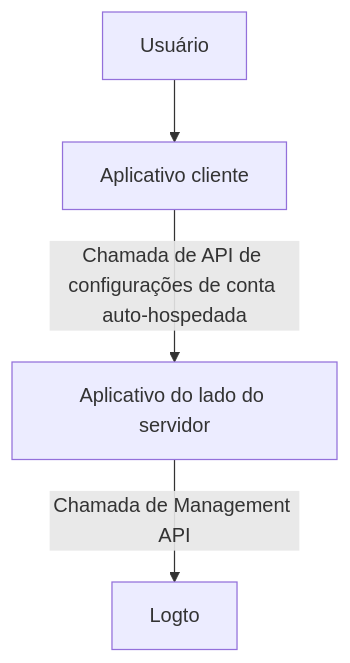
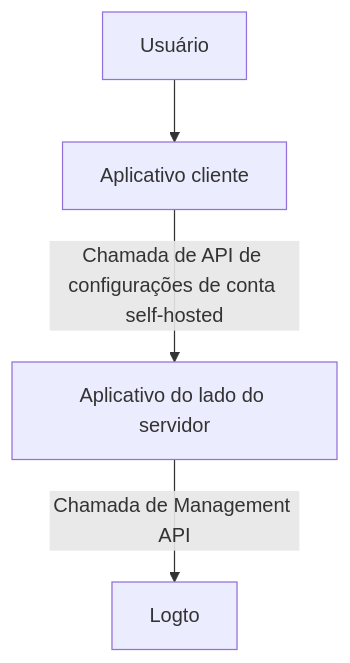
Before and after one commit to logto-io/docs: the first of 3 diagrams in i18n/pt-BR/docusaurus-plugin-content-docs/current/end-user-flows/account-settings/by-management-api.mdx, drawn with Mermaid. The commit also changed other lines of this file and 80 other files, not shown here.

````diff
--- a/i18n/pt-BR/docusaurus-plugin-content-docs/current/end-user-flows/account-settings/by-management-api.mdx
+++ b/i18n/pt-BR/docusaurus-plugin-content-docs/current/end-user-flows/account-settings/by-management-api.mdx
@@ -13,6 +13,6 @@
 ```mermaid
   graph TB
     A[Usuário] --> B[Aplicativo cliente]
-    B -->|Chamada de API de configurações de conta auto-hospedada|C[Aplicativo do lado do servidor]
+    B -->|Chamada de API de configurações de conta self-hosted|C[Aplicativo do lado do servidor]
     C -->|Chamada de Management API| D[Logto]
 ```
````
